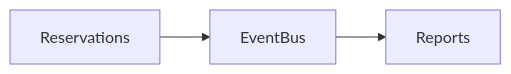
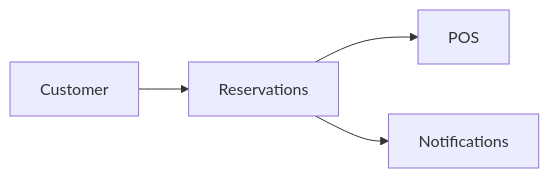
One commit to sameheg/cafeos changed the diagram in ModulesDoc/RESERVATIONS.md. Above: the diagram before and after it, drawn with Mermaid. The commit also changed other lines of this file and 21 other files, not shown here.

````diff
--- a/ModulesDoc/RESERVATIONS.md
+++ b/ModulesDoc/RESERVATIONS.md
@@ -16,5 +17,6 @@
 ```mermaid
 flowchart LR
-  A[Reservations] --> B[EventBus]
-  B --> C[Reports]
+  Customer --> Reservations
+  Reservations --> POS
+  Reservations --> Notifications
 ```
````
